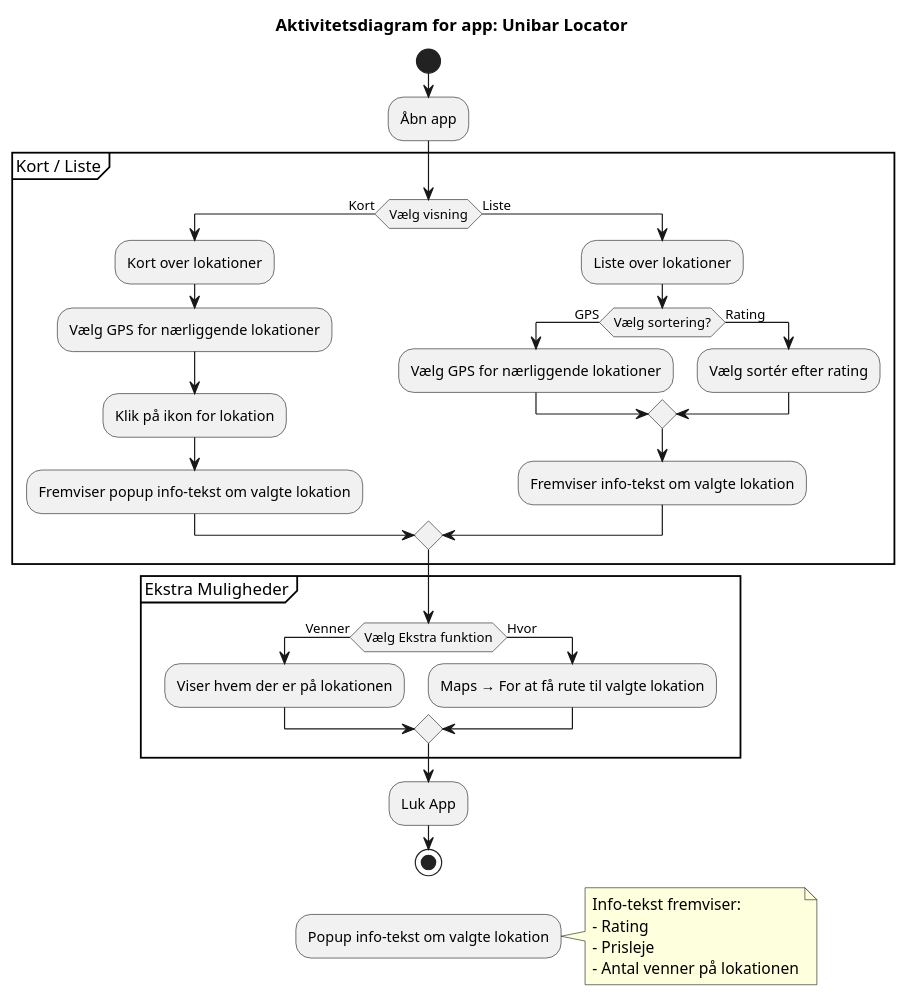
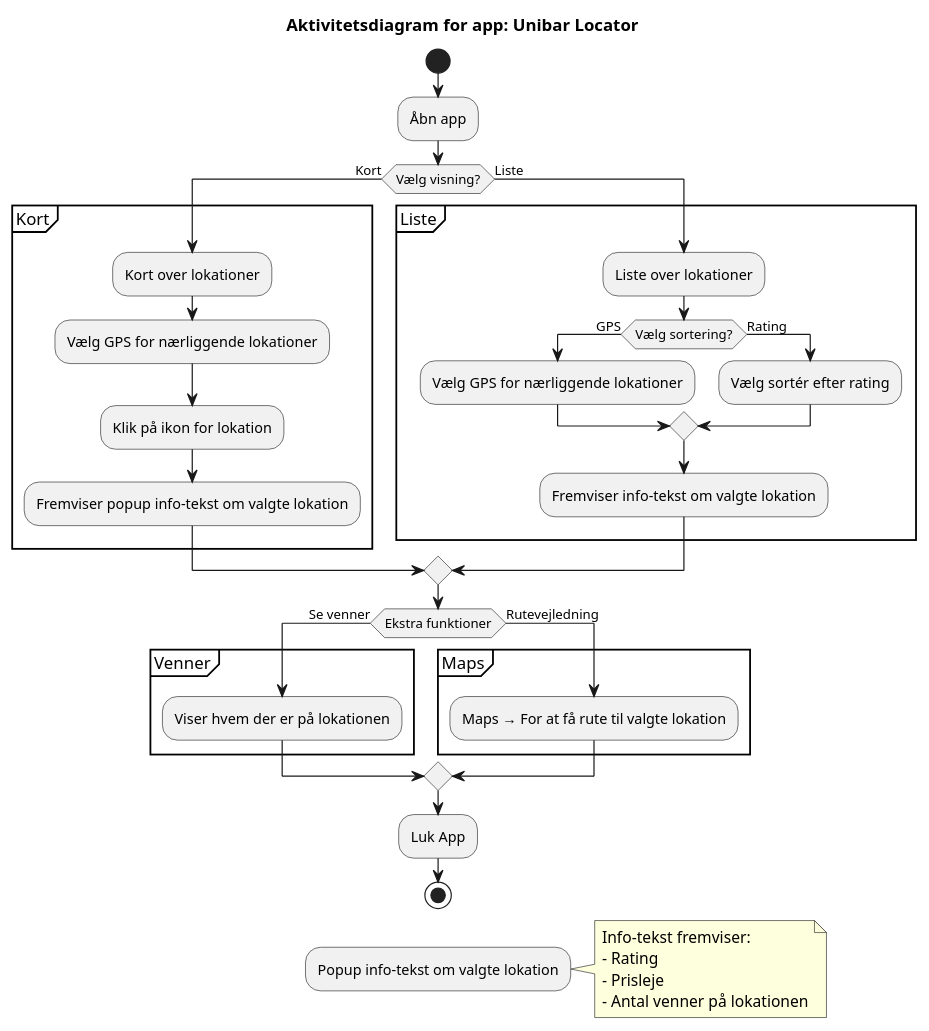
Before and after one commit to QMalikat/SoftwareArkitektur: the diagram in Aktivitetsdiagram.puml, drawn with PlantUML.

```diff
--- a/Aktivitetsdiagram.puml
+++ b/Aktivitetsdiagram.puml
@@ -1,43 +1,47 @@
 @startuml
 title Aktivitetsdiagram for app: Unibar Locator
 
 start
 :Åbn app;
 
-partition "Kort / Liste" {
-    if (Vælg visning) then (Kort)
-        :Kort over lokationer;
-        :Vælg GPS for nærliggende lokationer;
-        :Klik på ikon for lokation;
-        :Fremviser popup info-tekst om valgte lokation;
-    else (Liste)
-        :Liste over lokationer;
-        if (Vælg sortering?) then (GPS)
-            :Vælg GPS for nærliggende lokationer;
-        else (Rating)
-            :Vælg sortér efter rating;
-        endif
-        :Fremviser info-tekst om valgte lokation;
+if (Vælg visning?) then (Kort)
+  partition "Kort" {
+    :Kort over lokationer;
+    :Vælg GPS for nærliggende lokationer;
+    :Klik på ikon for lokation;
+    :Fremviser popup info-tekst om valgte lokation;
+    }
+else (Liste)
+  partition "Liste" {
+    :Liste over lokationer;
+    if (Vælg sortering?) then (GPS)
+      :Vælg GPS for nærliggende lokationer;
+    else (Rating)
+      :Vælg sortér efter rating;
     endif
-}
+    :Fremviser info-tekst om valgte lokation;
+  }
+endif
 
-partition "Ekstra Muligheder" {
-    if (Vælg Ekstra funktion) then (Venner)
+if (Ekstra funktioner) then (Se venner)
+    partition "Venner" {
         :Viser hvem der er på lokationen;
-    else (Hvor)
+    }  
+else (Rutevejledning)
+    partition "Maps" {
         :Maps → For at få rute til valgte lokation;
-    endif
-}
+    }
+endif
 
 :Luk App;
 stop
 
 :Popup info-tekst om valgte lokation;
 note right
   Info-tekst fremviser:
   - Rating
   - Prisleje
   - Antal venner på lokationen
 end note
 
 @enduml
```
